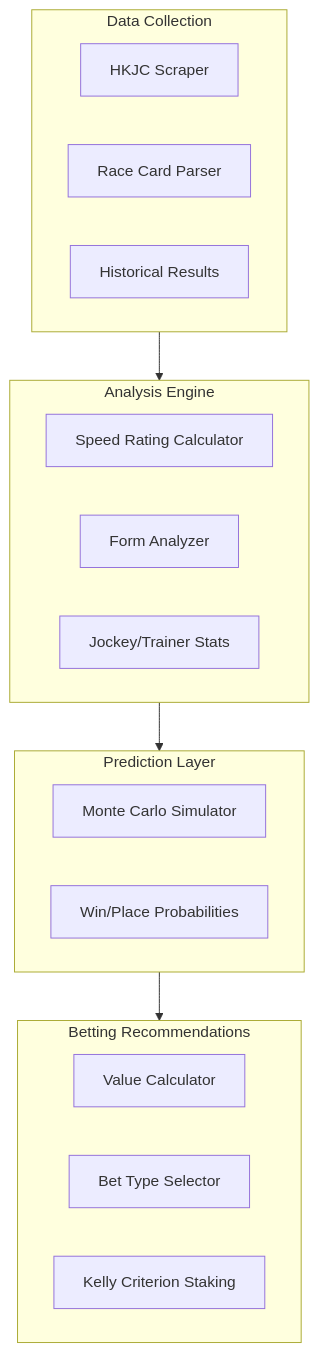
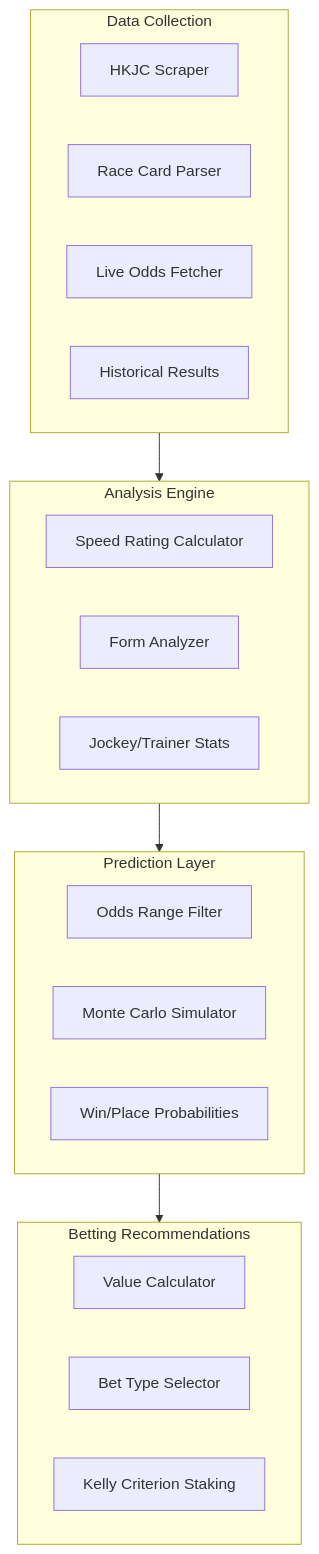
Before and after one commit to AnthonyXcode/hourse-racing: the first of 4 diagrams in README.md, drawn with Mermaid. The commit also changed other lines of this file and 4 other files, not shown here.

````diff
--- a/README.md
+++ b/README.md
@@ -15,29 +16,31 @@
 ```mermaid
 flowchart TB
     subgraph data [Data Collection]
         Scraper[HKJC Scraper]
         RaceCard[Race Card Parser]
+        OddsFetcher[Live Odds Fetcher]
         Historical[Historical Results]
     end
     
     subgraph analysis [Analysis Engine]
         SpeedRating[Speed Rating Calculator]
         FormAnalysis[Form Analyzer]
         JockeyTrainer[Jockey/Trainer Stats]
     end
     
     subgraph prediction [Prediction Layer]
+        OddsFilter[Odds Range Filter]
         Simulation[Monte Carlo Simulator]
         Probability[Win/Place Probabilities]
     end
     
     subgraph betting [Betting Recommendations]
         ValueCalc[Value Calculator]
         BetSelector[Bet Type Selector]
         StakeCalc[Kelly Criterion Staking]
     end
     
     data --> analysis
     analysis --> prediction
     prediction --> betting
 ```
````
